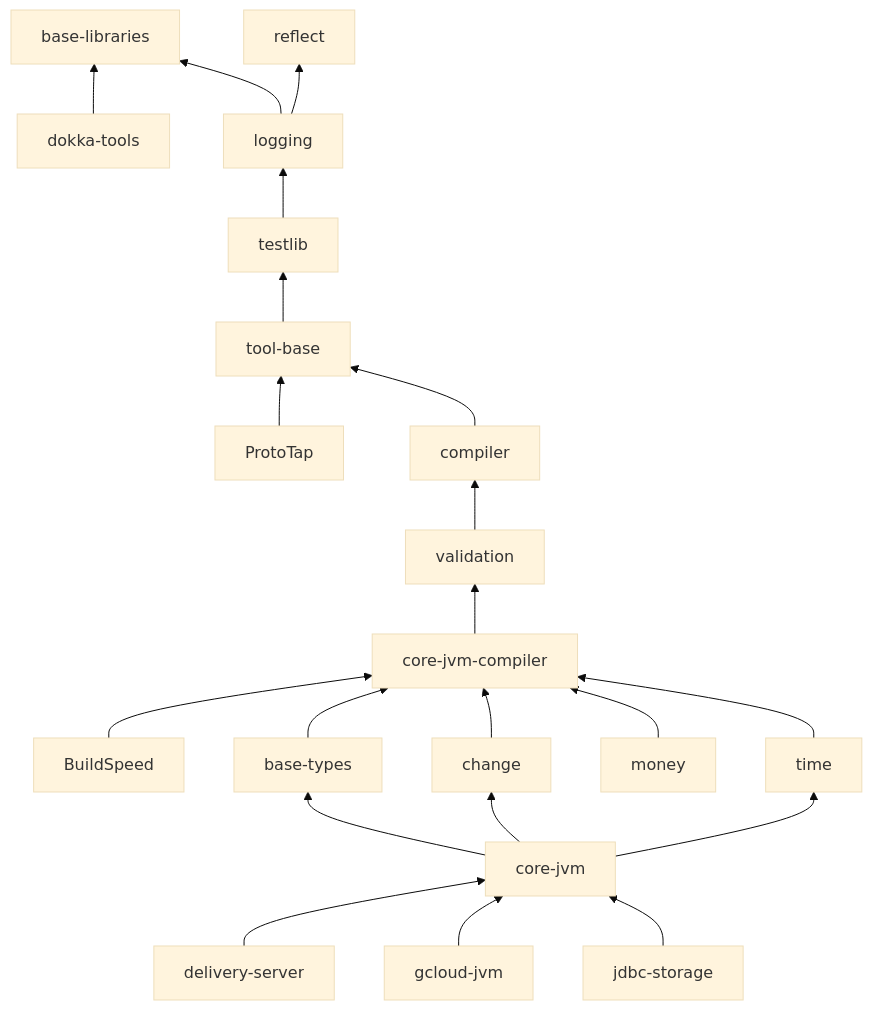
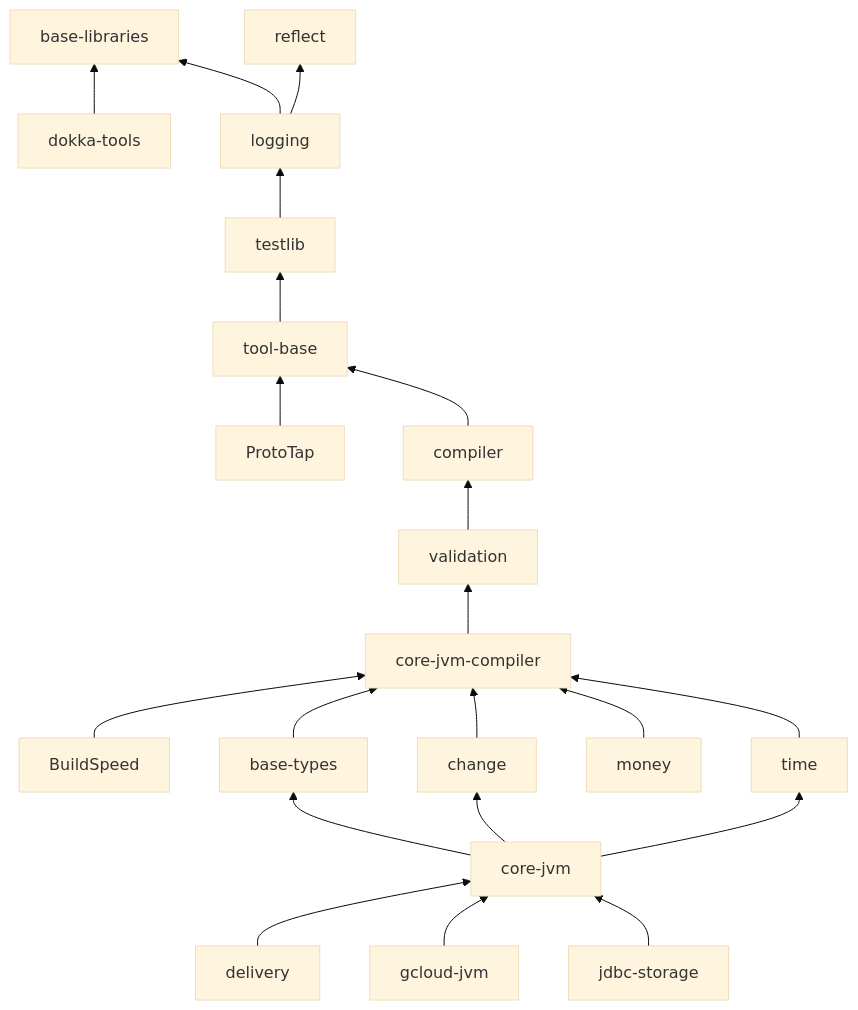
Before and after one commit to SpineEventEngine/summit: the first of 3 diagrams in docs/dependency-graph.md, drawn with Mermaid (base theme). The commit also changed other lines of this file and 6 other files, not shown here.

First line of the commit message:
Rename the `delivery-server` submodule to `delivery`

````diff
--- a/docs/dependency-graph.md
+++ b/docs/dependency-graph.md
@@ -89,23 +89,23 @@
 ```mermaid
 flowchart BT
     dokka-tools --> base-libraries
     logging --> base-libraries
     core-jvm --> base-types
     core-jvm --> change
     validation --> compiler
-    delivery-server --> core-jvm
+    delivery --> core-jvm
     gcloud-jvm --> core-jvm
     jdbc-storage --> core-jvm
     BuildSpeed --> core-jvm-compiler
     base-types --> core-jvm-compiler
     change --> core-jvm-compiler
     money --> core-jvm-compiler
     time --> core-jvm-compiler
     testlib --> logging
     logging --> reflect
     tool-base --> testlib
     core-jvm --> time
     ProtoTap --> tool-base
     compiler --> tool-base
     core-jvm-compiler --> validation
 ```
````
